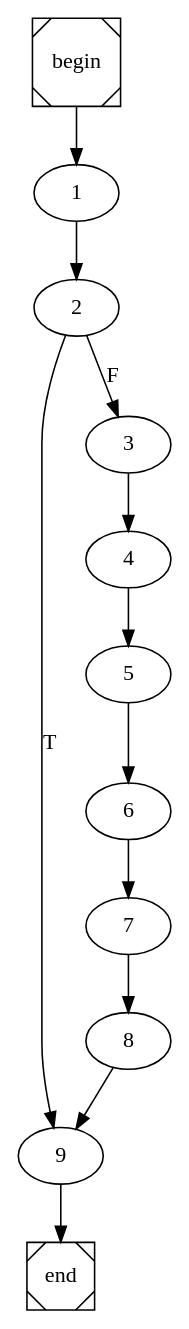
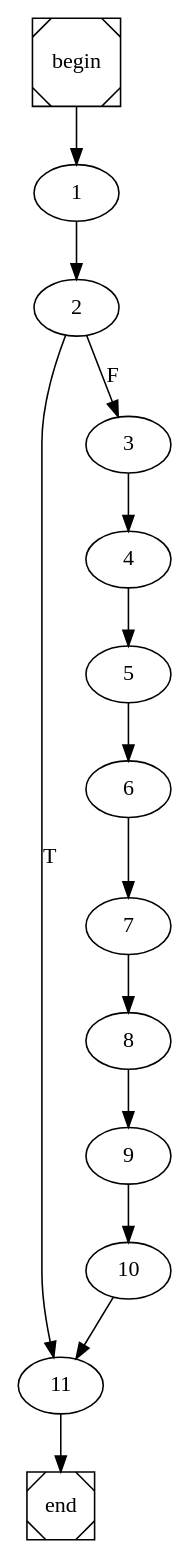
One commit to pedrojfs17/FEUP-COMP changed the diagram in quicksort.dot. Above: the diagram before and after it, drawn with Graphviz. The commit also changed 7 other files, not shown here.

```diff
--- a/quicksort.dot
+++ b/quicksort.dot
@@ -1,4 +1,4 @@
 digraph cfg {
 	begin [shape=Msquare];
 	end [shape=Msquare];
-	begin -> 1;	1 -> 2;	2 -> 9[label=T];	2 -> 3[label=F];	3 -> 4;	4 -> 5;	5 -> 6;	6 -> 7;	7 -> 8;	8 -> 9;	9 -> end;}
+	begin -> 1;	1 -> 2;	2 -> 11[label=T];	2 -> 3[label=F];	3 -> 4;	4 -> 5;	5 -> 6;	6 -> 7;	7 -> 8;	8 -> 9;	9 -> 10;	10 -> 11;	11 -> end;}
```
